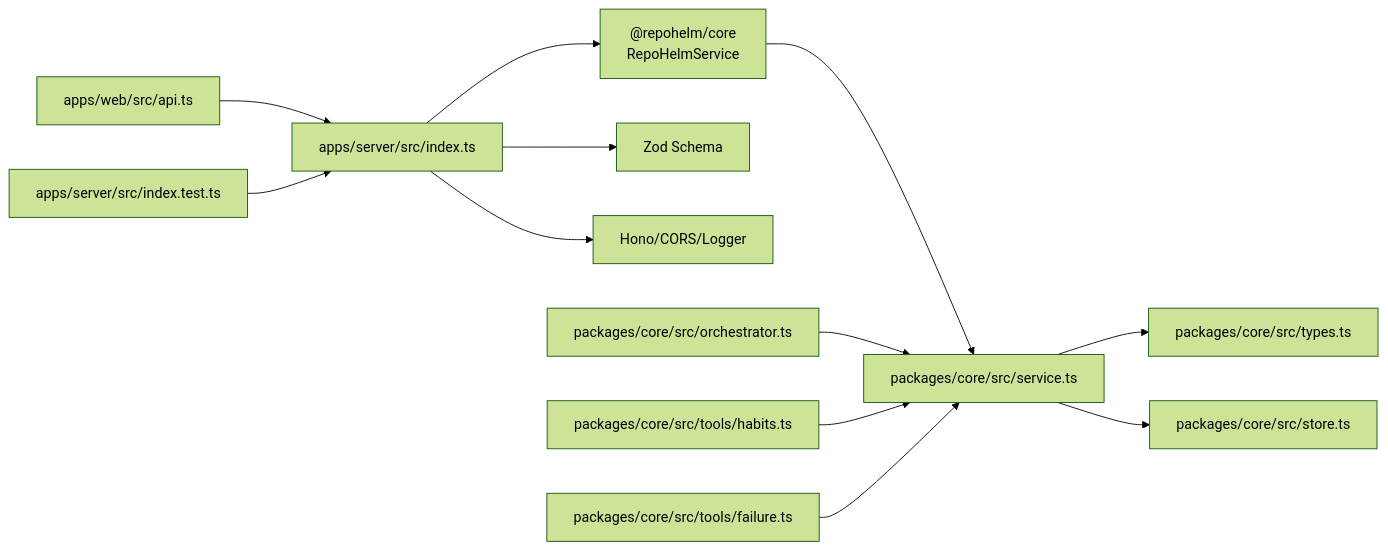
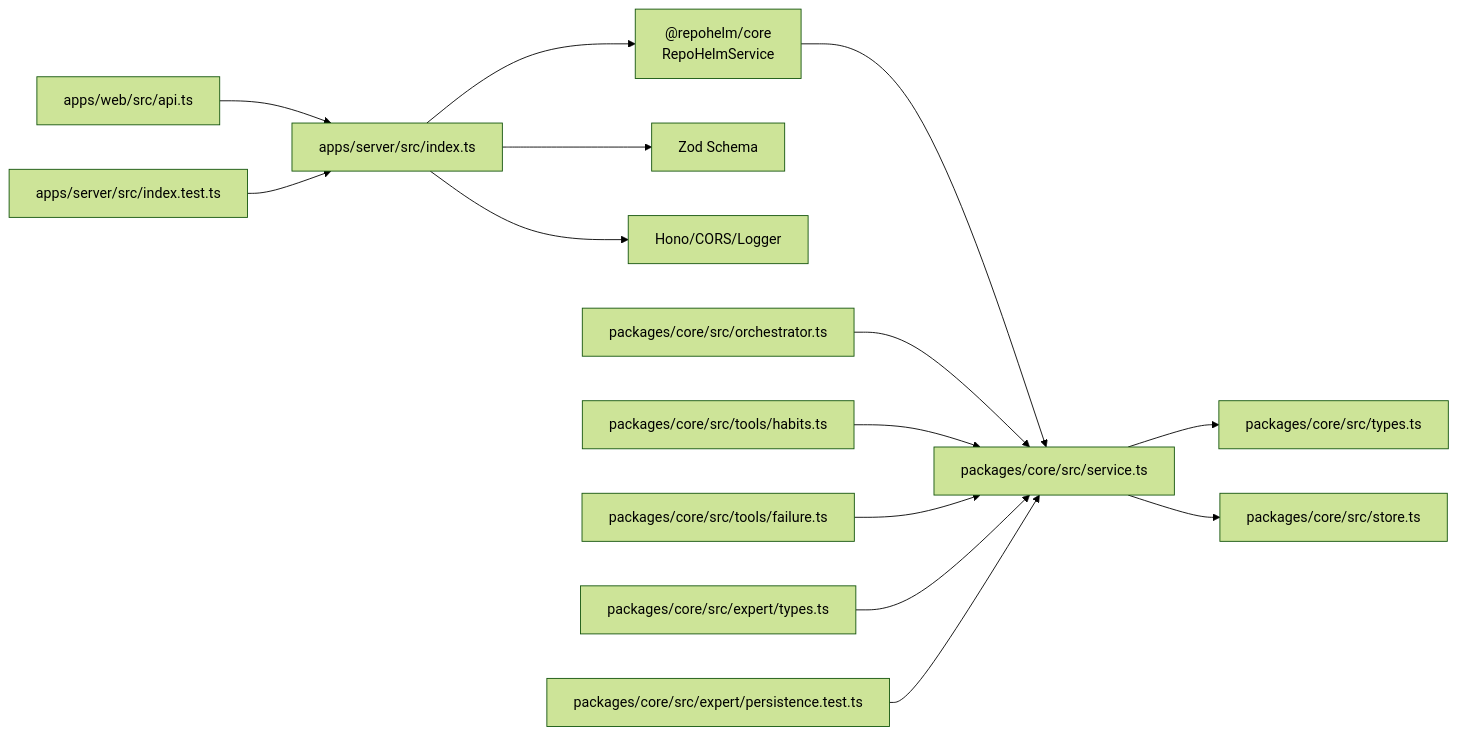
Before and after one commit to coconilu/RepoHelm: the third of 3 diagrams in .qoder/repowiki/zh/content/服务器 API 设计/服务器 API 设计.md, drawn with Mermaid (forest theme). The commit also changed other lines of this file and 14 other files, not shown here.

````diff
--- a/.qoder/repowiki/zh/content/服务器 API 设计/服务器 API 设计.md
+++ b/.qoder/repowiki/zh/content/服务器 API 设计/服务器 API 设计.md
@@ -617,14 +710,16 @@
 ```mermaid
 graph LR
 A["apps/server/src/index.ts"] --> B["@repohelm/core<br/>RepoHelmService"]
 A --> C["Zod Schema"]
 A --> D["Hono/CORS/Logger"]
 E["apps/web/src/api.ts"] --> A
 B --> F["packages/core/src/service.ts"]
 F --> G["packages/core/src/types.ts"]
 F --> H["packages/core/src/store.ts"]
 I["packages/core/src/orchestrator.ts"] --> F
 J["packages/core/src/tools/habits.ts"] --> F
 K["packages/core/src/tools/failure.ts"] --> F
-L["apps/server/src/index.test.ts"] --> A
+L["packages/core/src/expert/types.ts"] --> F
+M["apps/server/src/index.test.ts"] --> A
+N["packages/core/src/expert/persistence.test.ts"] --> F
 ```
````
